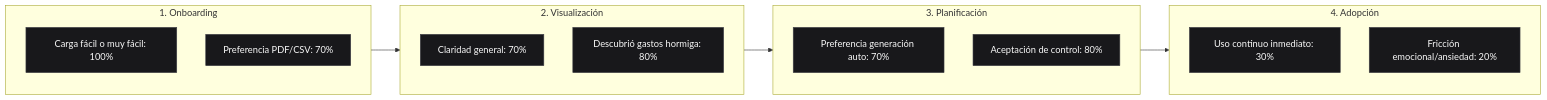
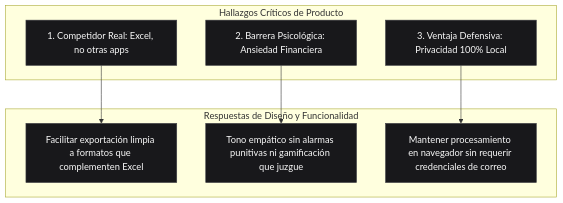
One commit to cuprumbot/expense-tracker changed the seventh of 7 diagrams in docs/resultados-encuesta.md. Above: the diagram before and after it, drawn with Mermaid. The commit also changed other lines of this file and 2 other files, not shown here.

First line of the commit message:
docs(survey): enrich survey results with native Mermaid charts, progress meters, and detailed insights

````diff
--- a/docs/resultados-encuesta.md
+++ b/docs/resultados-encuesta.md
@@ -9,28 +233,21 @@
 ```mermaid
-flowchart LR
-    subgraph Facilidad["1. Onboarding"]
-        direction TB
-        F1["Carga fácil o muy fácil: 100%"]
-        F2["Preferencia PDF/CSV: 70%"]
-    end
-    subgraph Dashboard["2. Visualización"]
-        direction TB
-        D1["Claridad general: 70%"]
-        D2["Descubrió gastos hormiga: 80%"]
-    end
-    subgraph Presupuesto["3. Planificación"]
-        direction TB
-        P1["Preferencia generación auto: 70%"]
-        P2["Aceptación de control: 80%"]
-    end
-    subgraph Retencion["4. Adopción"]
-        direction TB
-        R1["Uso continuo inmediato: 30%"]
-        R2["Fricción emocional/ansiedad: 20%"]
+flowchart TD
+    subgraph Hallazgos["Hallazgos Críticos de Producto"]
+        H1["1. Competidor Real: Excel, no otras apps"]
+        H2["2. Barrera Psicológica: Ansiedad Financiera"]
+        H3["3. Ventaja Defensiva: Privacidad 100% Local"]
     end
 
-    Facilidad --> Dashboard --> Presupuesto --> Retencion
+    subgraph Acciones["Respuestas de Diseño y Funcionalidad"]
+        A1["Facilitar exportación limpia a formatos que complementen Excel"]
+        A2["Tono empático sin alarmas punitivas ni gamificación que juzgue"]
+        A3["Mantener procesamiento en navegador sin requerir credenciales de correo"]
+    end
+
+    H1 --> A1
+    H2 --> A2
+    H3 --> A3
 
     classDef default fill:#18181b,stroke:#3f3f46,color:#fafafa
     classDef highlight fill:#1e3a8a,stroke:#3b82f6,color:#fafafa
 ```
````
